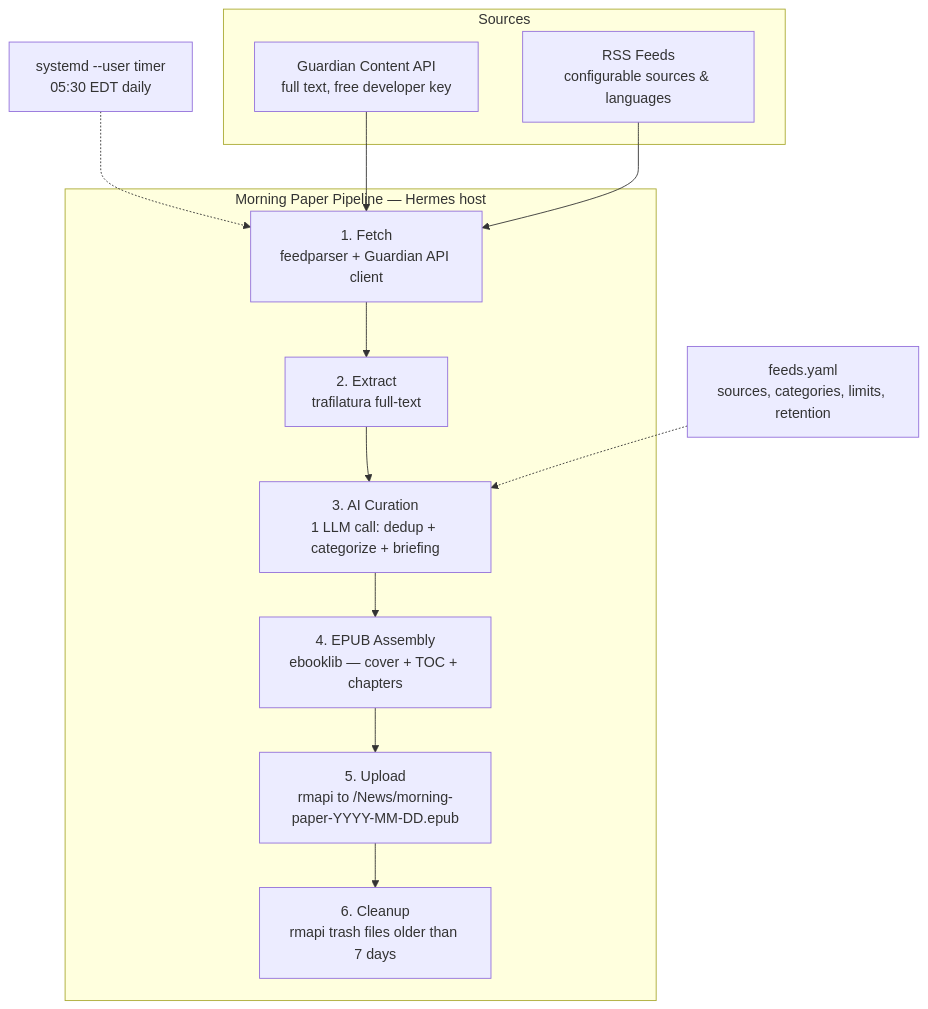
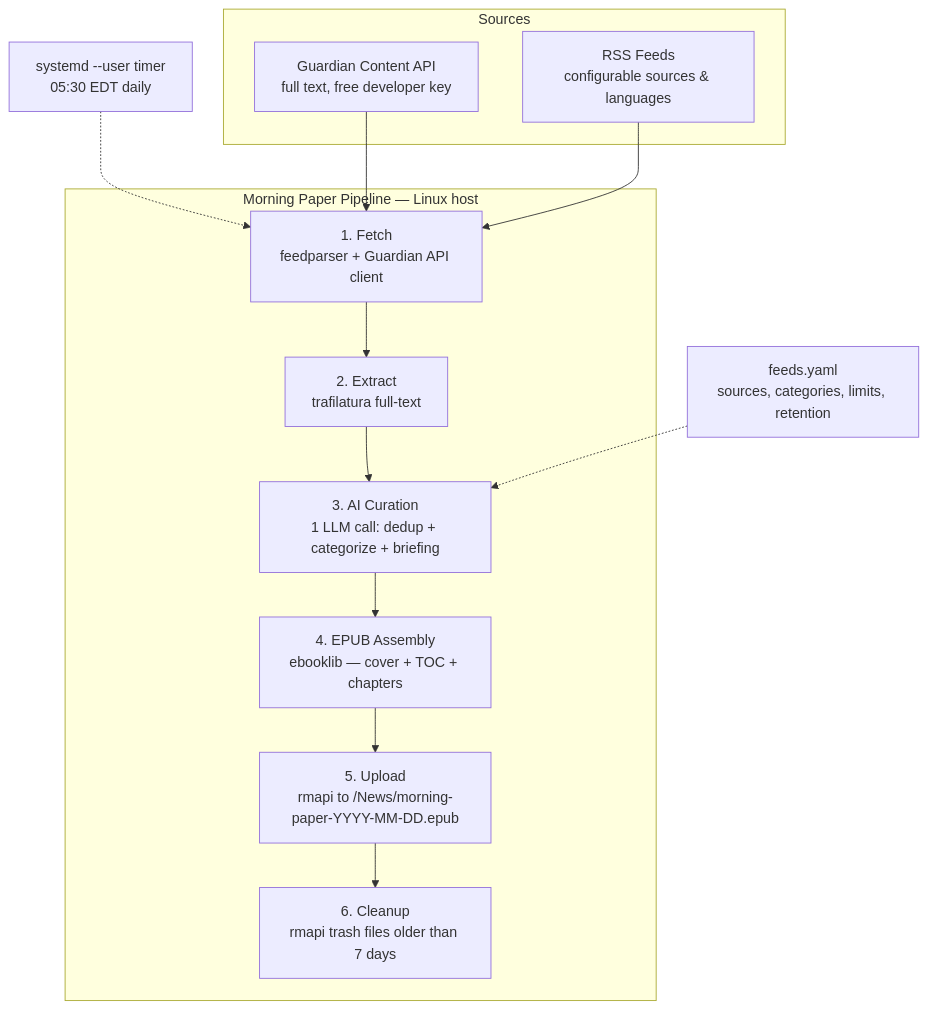
The diagram in README.md (vevmesteren/remarkable-morning), drawn with Mermaid before and after one commit.

Commit message:
docs: fix Hermes host reference in mermaid diagram subgraph label

````diff
--- a/README.md
+++ b/README.md
@@ -28,29 +28,29 @@
 ```mermaid
 graph TD
     subgraph Sources
         GA["Guardian Content API<br/>full text, free developer key"]
         RSS["RSS Feeds<br/>configurable sources & languages"]
     end
 
-    subgraph Pipeline["Morning Paper Pipeline — Hermes host"]
+    subgraph Pipeline["Morning Paper Pipeline — Linux host"]
         F1["1. Fetch<br/>feedparser + Guardian API client"]
         F2["2. Extract<br/>trafilatura full-text"]
         F3["3. AI Curation<br/>1 LLM call: dedup + categorize + briefing"]
         F4["4. EPUB Assembly<br/>ebooklib — cover + TOC + chapters"]
         F5["5. Upload<br/>rmapi to /News/morning-paper-YYYY-MM-DD.epub"]
         F6["6. Cleanup<br/>rmapi trash files older than 7 days"]
     end
 
     TIMER["systemd --user timer<br/>05:30 EDT daily"]
     CONFIG["feeds.yaml<br/>sources, categories, limits, retention"]
 
     TIMER -.-> F1
     GA --> F1
     RSS --> F1
     F1 --> F2
     F2 --> F3
     F3 --> F4
     F4 --> F5
     F5 --> F6
     CONFIG -.-> F3
 ```
````
